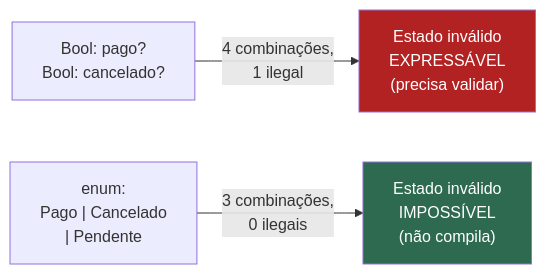
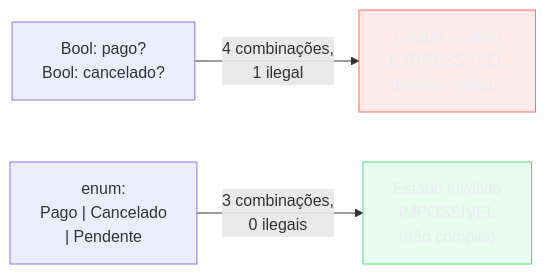
One commit to josenaldo/codex-technomanticus changed the fifth of 5 diagrams in 03-Dominios/Ciência/Paradigmas/13 - Sistemas de tipos.md. Above: the diagram before and after it, drawn with Mermaid. The commit also changed other lines of this file and 1181 other files, not shown here.

First line of the commit message:
fix(diagramas): paleta do sistema no lugar de cor cravada no markdown

````diff
--- a/03-Dominios/Ciência/Paradigmas/13 - Sistemas de tipos.md
+++ b/03-Dominios/Ciência/Paradigmas/13 - Sistemas de tipos.md
@@ -201,7 +211,9 @@
 ```mermaid
 flowchart LR
+    classDef falha fill:#FF6B6B24,stroke:#FF6B6B,color:#E9ECF2
+    classDef ok fill:#4ADE8021,stroke:#4ADE80,color:#E9ECF2
     A["Bool: pago?<br/>Bool: cancelado?"] -->|"4 combinações,<br/>1 ilegal"| B["Estado inválido<br/>EXPRESSÁVEL<br/>(precisa validar)"]
     C["enum:<br/>Pago | Cancelado<br/>| Pendente"] -->|"3 combinações,<br/>0 ilegais"| D["Estado inválido<br/>IMPOSSÍVEL<br/>(não compila)"]
-    style B fill:#b22222,color:#fff
-    style D fill:#2d6a4f,color:#fff
+    class B falha
+    class D ok
 ```
````
